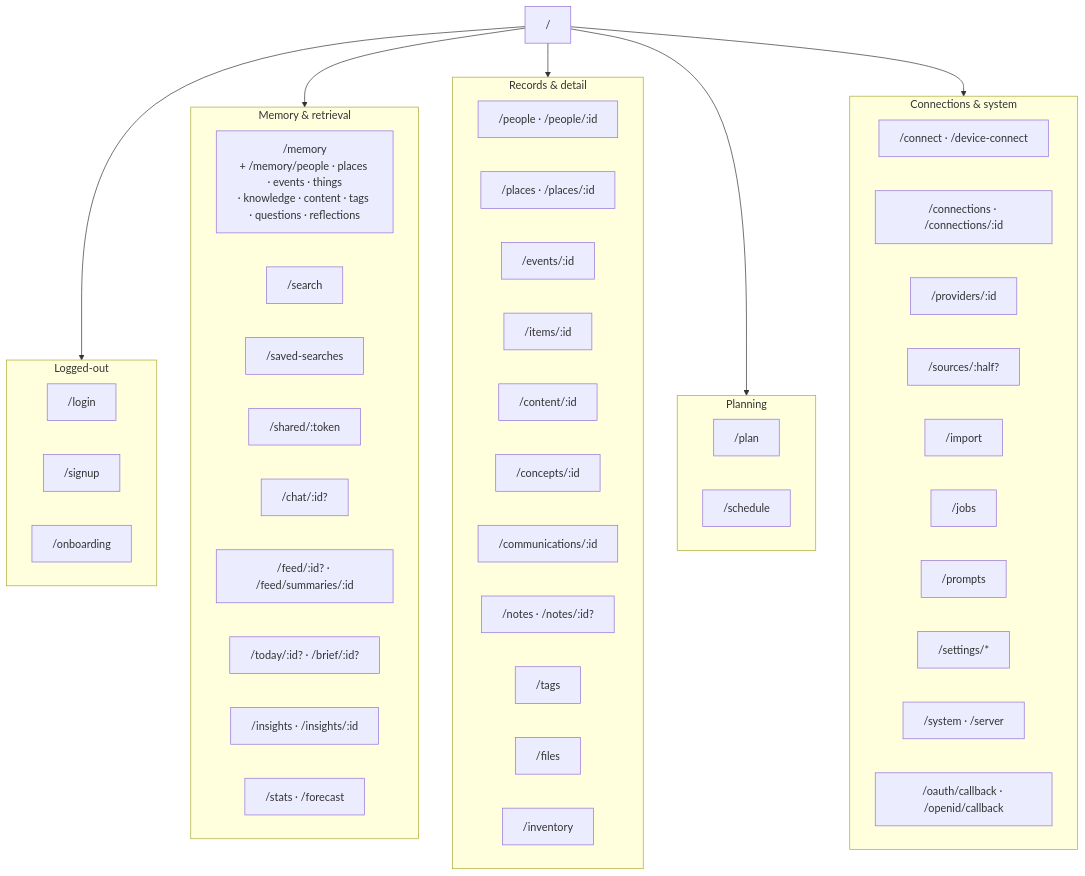
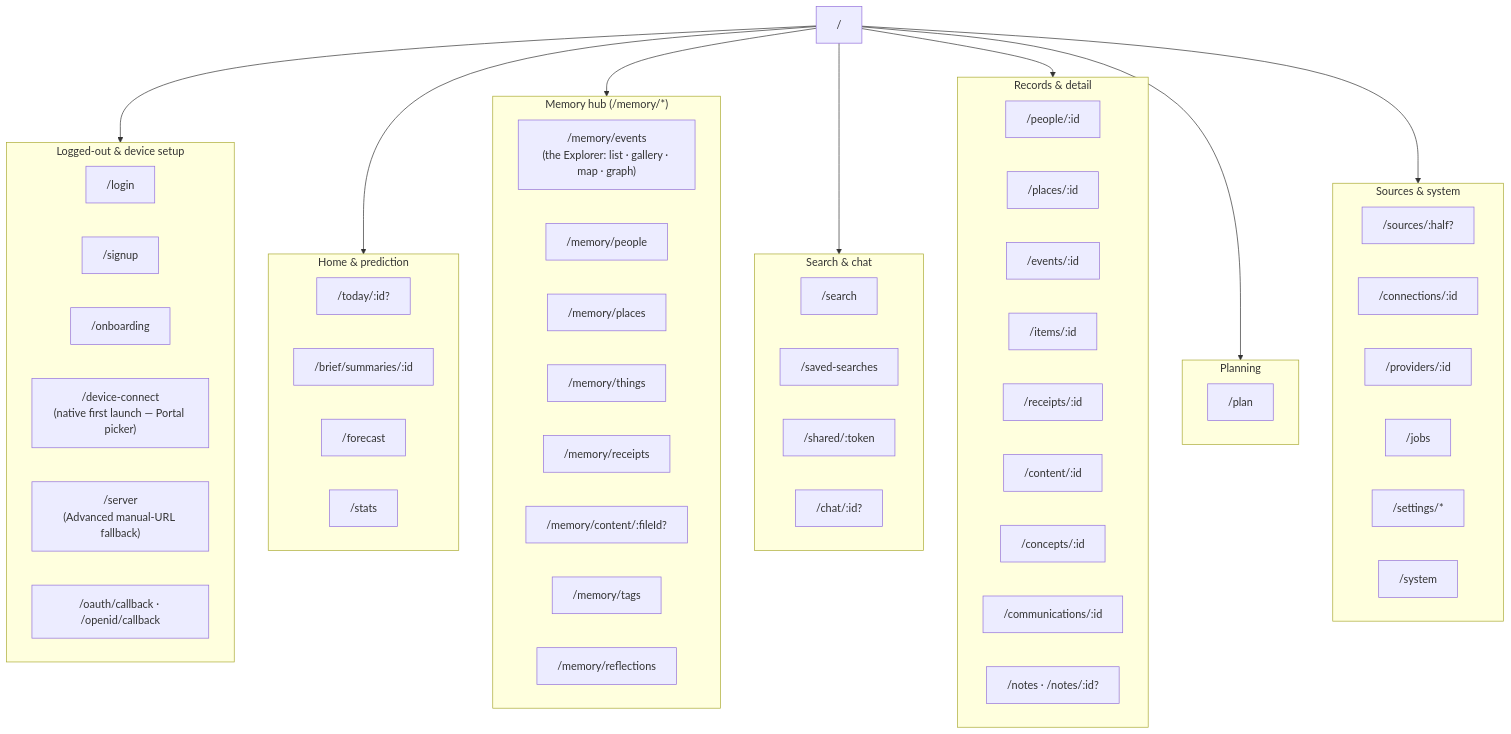
One commit to bennettchamberlain/Requiemv1 changed the diagram in frontend/apps/web/README.md. Above: the diagram before and after it, drawn with Mermaid. The commit also changed other lines of this file and 81 other files, not shown here.

````diff
--- a/frontend/apps/web/README.md
+++ b/frontend/apps/web/README.md
@@ -24,55 +24,64 @@
 ```mermaid
 flowchart TB
     Root["/"]
-    subgraph Public["Logged-out"]
+    subgraph Public["Logged-out & device setup"]
       Login["/login"]
       Signup["/signup"]
       Onboarding["/onboarding"]
+      DeviceConnect["/device-connect<br/>(native first launch — Portal picker)"]
+      Server["/server<br/>(Advanced manual-URL fallback)"]
+      OAuthCb["/oauth/callback · /openid/callback"]
     end
-    subgraph Memory["Memory & retrieval"]
-      Mem["/memory<br/>+ /memory/people · places · events · things<br/>· knowledge · content · tags · questions · reflections"]
+    subgraph Home["Home & prediction"]
+      Today["/today/:id?"]
+      BriefSummary["/brief/summaries/:id"]
+      Forecast["/forecast"]
+      Stats["/stats"]
+    end
+    subgraph Memory["Memory hub (/memory/*)"]
+      Events["/memory/events<br/>(the Explorer: list · gallery · map · graph)"]
+      HubPeople["/memory/people"]
+      HubPlaces["/memory/places"]
+      HubThings["/memory/things"]
+      HubReceipts["/memory/receipts"]
+      HubContent["/memory/content/:fileId?"]
+      HubTags["/memory/tags"]
+      HubReflections["/memory/reflections"]
+    end
+    subgraph Retrieval["Search & chat"]
       Search["/search"]
       Saved["/saved-searches"]
       Shared["/shared/:token"]
       Chat["/chat/:id?"]
-      Feed["/feed/:id? · /feed/summaries/:id"]
-      Brief["/today/:id? · /brief/:id?"]
-      Insights["/insights · /insights/:id"]
-      Stats["/stats · /forecast"]
     end
     subgraph Records["Records & detail"]
-      People["/people · /people/:id"]
-      Places["/places · /places/:id"]
-      Events["/events/:id"]
-      Items["/items/:id"]
-      Content["/content/:id"]
-      Concepts["/concepts/:id"]
-      Comms["/communications/:id"]
+      PersonD["/people/:id"]
+      PlaceD["/places/:id"]
+      EventD["/events/:id"]
+      ItemD["/items/:id"]
+      ReceiptD["/receipts/:id"]
+      ContentD["/content/:id"]
+      ConceptD["/concepts/:id"]
+      CommD["/communications/:id"]
       Notes["/notes · /notes/:id?"]
-      Tags["/tags"]
-      Files["/files"]
-      Inventory["/inventory"]
     end
     subgraph Plan["Planning"]
       PlanR["/plan"]
-      Schedule["/schedule"]
     end
-    subgraph Ops["Connections & system"]
-      Connect["/connect · /device-connect"]
-      Connections["/connections · /connections/:id"]
+    subgraph Ops["Sources & system"]
+      Sources["/sources/:half?"]
+      ConnectionD["/connections/:id"]
       Providers["/providers/:id"]
-      Sources["/sources/:half?"]
-      Import["/import"]
       Jobs["/jobs"]
-      Prompts["/prompts"]
       Settings["/settings/*"]
-      System["/system · /server"]
-      OAuthCb["/oauth/callback · /openid/callback"]
+      System["/system"]
     end
 
     Root --> Public
+    Root --> Home
     Root --> Memory
+    Root --> Retrieval
     Root --> Records
     Root --> Plan
     Root --> Ops
 ```
````
